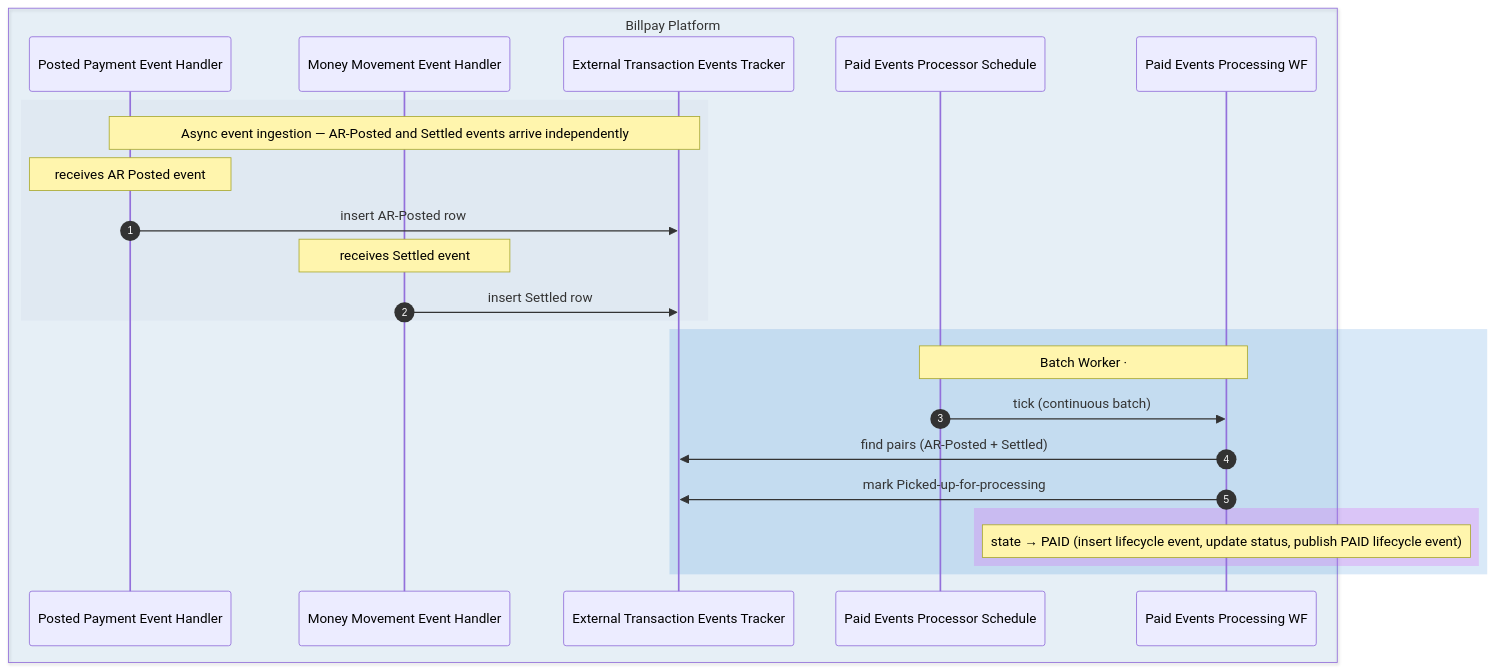
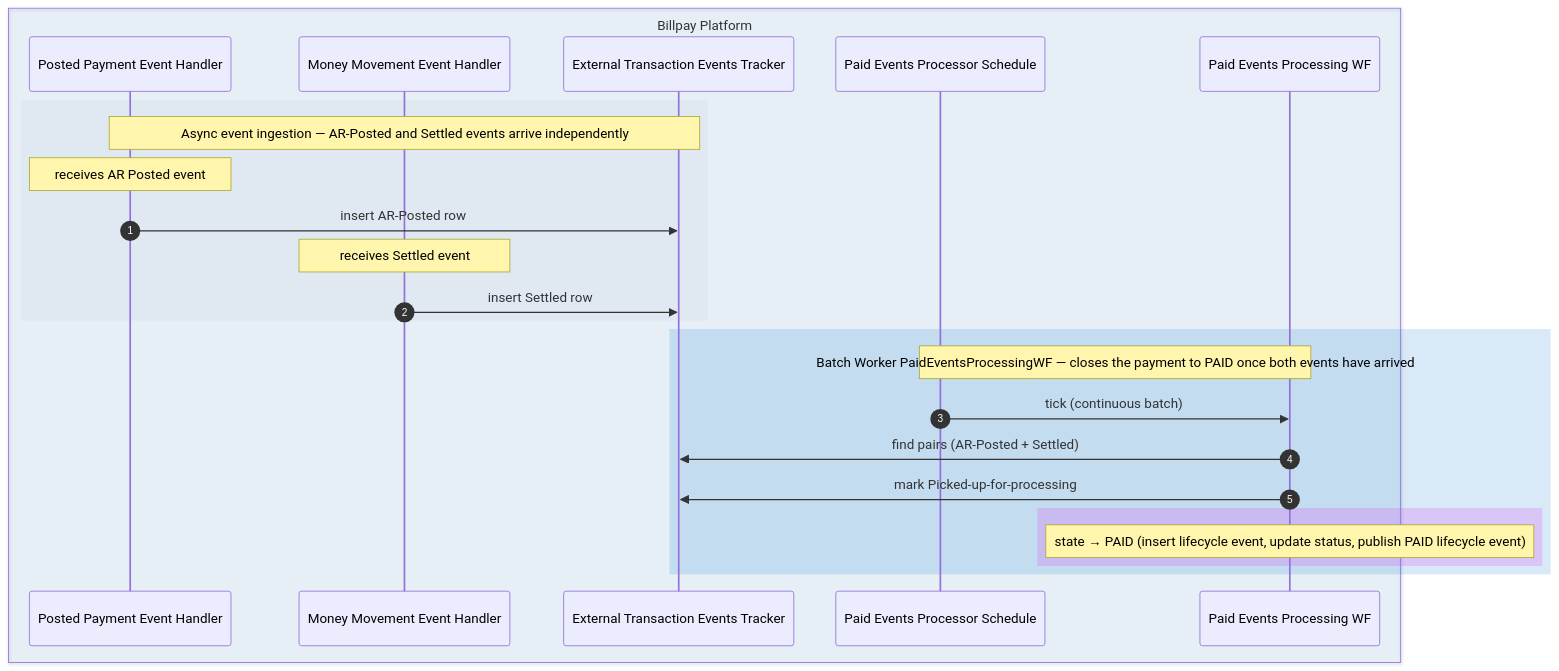
One commit to arunav-bhattacharya/billpay-docs changed the ninth of 11 diagrams in docs/diagrams/sequence-diagrams.md. Above: the diagram before and after it, drawn with Mermaid. The commit also changed other lines of this file, not shown here.

First line of the commit message:
Tidy Realtime/Batch Worker notes and extend Realtime annotation to async block in diagram #1

````diff
--- a/docs/diagrams/sequence-diagrams.md
+++ b/docs/diagrams/sequence-diagrams.md
@@ -545,30 +545,30 @@
 ```mermaid
 sequenceDiagram
   autonumber
 
   box rgba(0,111,207,0.08) Billpay Platform
     participant PPH as Posted Payment Event Handler
     participant MMH as Money Movement Event Handler
     participant TRK as External Transaction Events Tracker
     participant SCH as Paid Events Processor Schedule
     participant PEP as Paid Events Processing WF
   end
 
   rect rgba(148,163,184,0.08)
     Note over PPH,TRK: Async event ingestion — AR-Posted and Settled events arrive independently
     Note over PPH: receives AR Posted event
     PPH->>TRK: insert AR-Posted row
     Note over MMH: receives Settled event
     MMH->>TRK: insert Settled row
   end
 
   rect rgba(0,111,207,0.15)
-    Note over SCH,PEP: Batch Worker · #PaidEventsProcessingWF — closes the payment to PAID once both events have arrived
+    Note over SCH,PEP: Batch Worker PaidEventsProcessingWF — closes the payment to PAID once both events have arrived
     SCH->>PEP: tick (continuous batch)
     PEP->>TRK: find pairs (AR-Posted + Settled)
     PEP->>TRK: mark Picked-up-for-processing
     rect rgba(217,70,239,0.22)
       Note over PEP: state → PAID (insert lifecycle event, update status, publish PAID lifecycle event)
     end
   end
 ```
````
